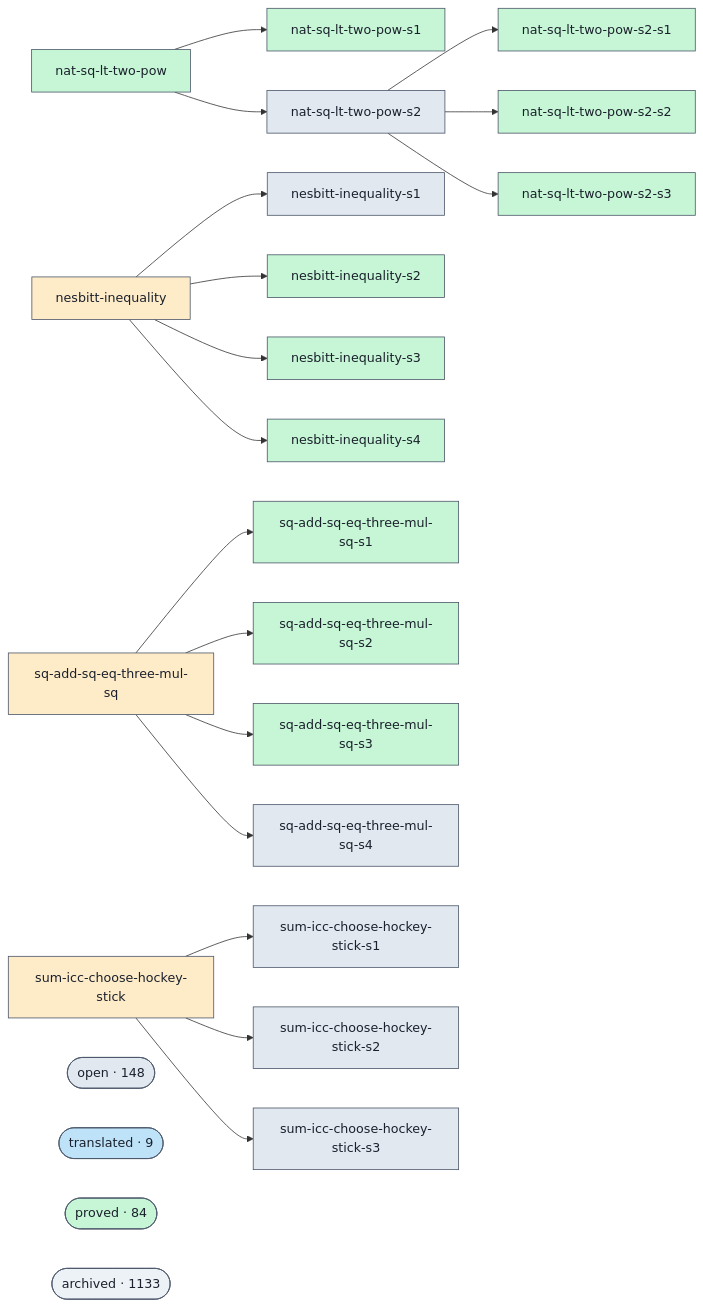
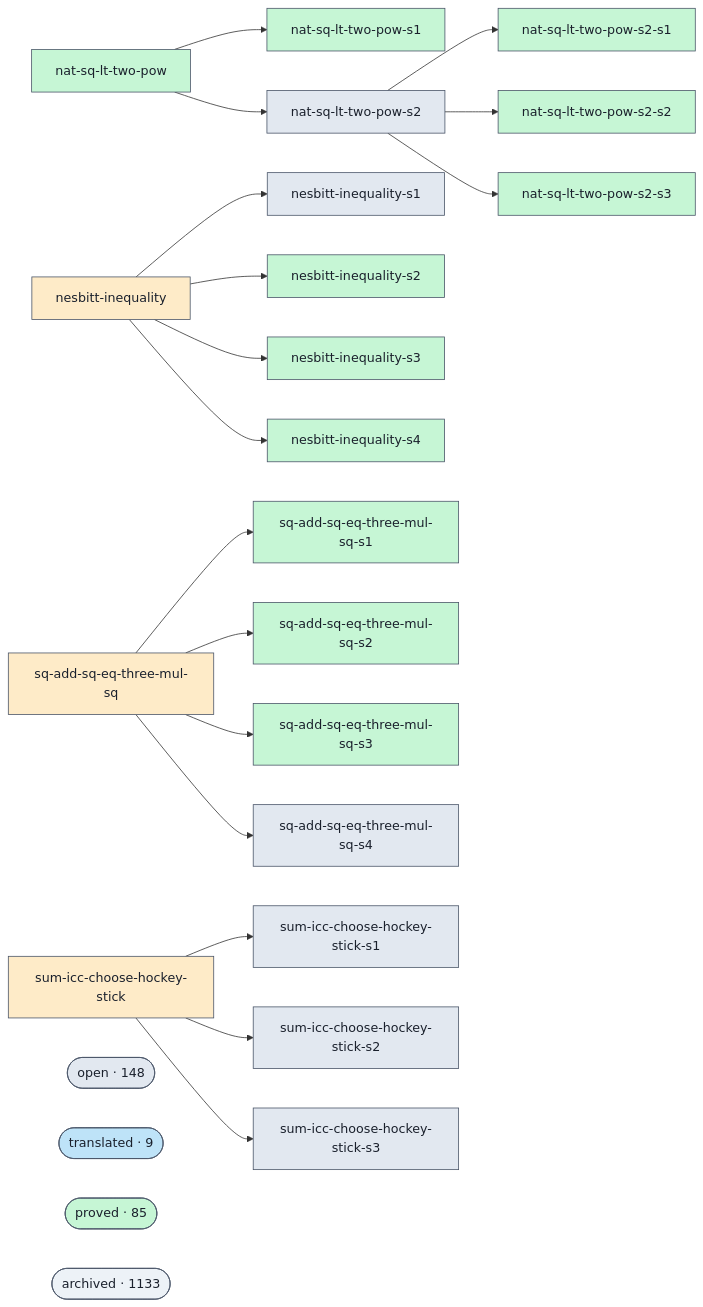
One commit to ohdearquant/unsorry changed the diagram in docs/proofs-contributors-visualisation.md. Above: the diagram before and after it, drawn with Mermaid. The commit also changed other lines of this file and 2 other files, not shown here.

```diff
--- a/docs/proofs-contributors-visualisation.md
+++ b/docs/proofs-contributors-visualisation.md
@@ -102,7 +102,7 @@
   class cluster_open open;
   cluster_translated(["translated · 9"])
   class cluster_translated translated;
-  cluster_proved(["proved · 84"])
+  cluster_proved(["proved · 85"])
   class cluster_proved proved;
   cluster_archived(["archived · 1133"])
   class cluster_archived unknown;
```
